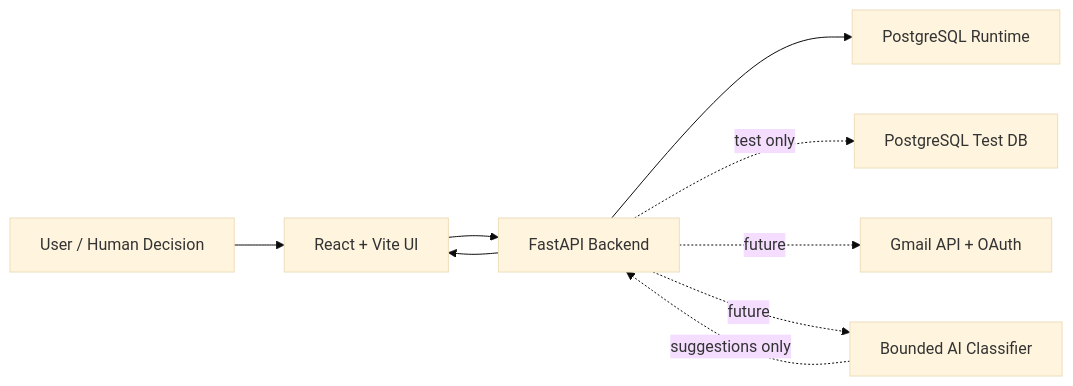
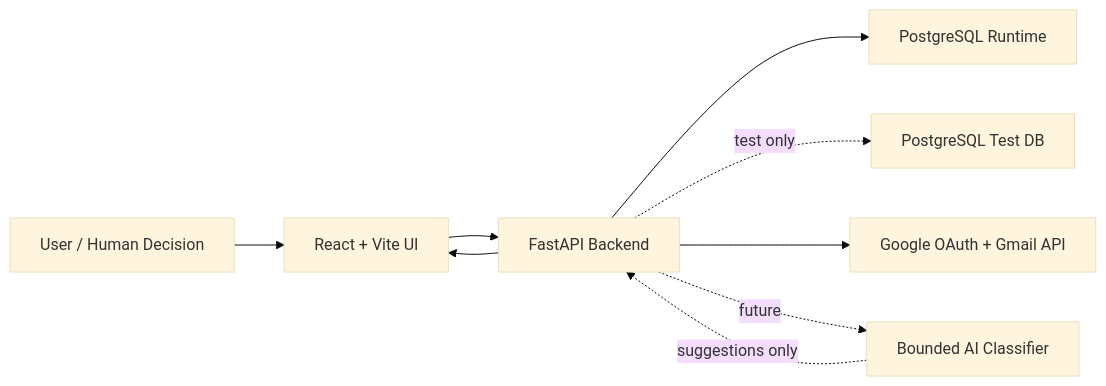
Before and after one commit to cashmy/SANE: the diagram in README.md, drawn with Mermaid (base theme). The commit also changed other lines of this file, not shown here.

````diff
--- a/README.md
+++ b/README.md
@@ -46,12 +50,12 @@
 ```mermaid
 flowchart LR
     User["User / Human Decision"] --> UI["React + Vite UI"]
     UI --> API["FastAPI Backend"]
     API --> DB["PostgreSQL Runtime"]
   API -. "test only" .-> TestDB["PostgreSQL Test DB"]
 
-    API -. "future" .-> Gmail["Gmail API + OAuth"]
+    API --> Gmail["Google OAuth + Gmail API"]
     API -. "future" .-> AI["Bounded AI Classifier"]
     AI -. "suggestions only" .-> API
     API --> UI
 ```
````
